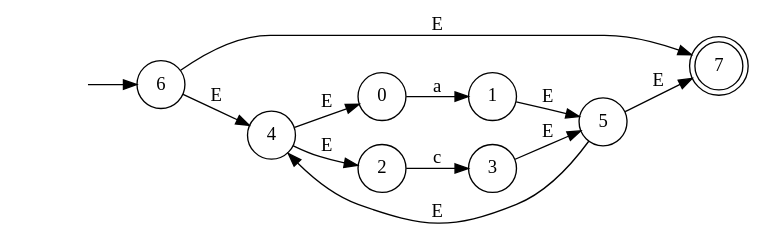
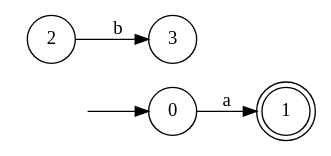
One commit to CrisLayB/ProgrammingLanguageDesign changed the diagram in bin/docs/automata.dot. Above: the diagram before and after it, drawn with Graphviz. The commit also changed 6 other files, not shown here.

```diff
--- a/bin/docs/automata.dot
+++ b/bin/docs/automata.dot
@@ -1,21 +1,13 @@
 digraph "Resultado Automata" {
 rankdir=LR size="8,5"
 node [shape=doublecircle]
-7
+1
 node [shape=circle]
-6
+0
 node [shape=none]
 ""
-""-> 6 [label=""]
+""-> 0 [label=""]
 node [shape=circle]
 0 -> 1[label="a"]
-2 -> 3[label="c"]
-4 -> 0[label="E"]
-4 -> 2[label="E"]
-1 -> 5[label="E"]
-3 -> 5[label="E"]
-5 -> 4[label="E"]
-6 -> 7[label="E"]
-6 -> 4[label="E"]
-5 -> 7[label="E"]
+2 -> 3[label="b"]
 }
```
